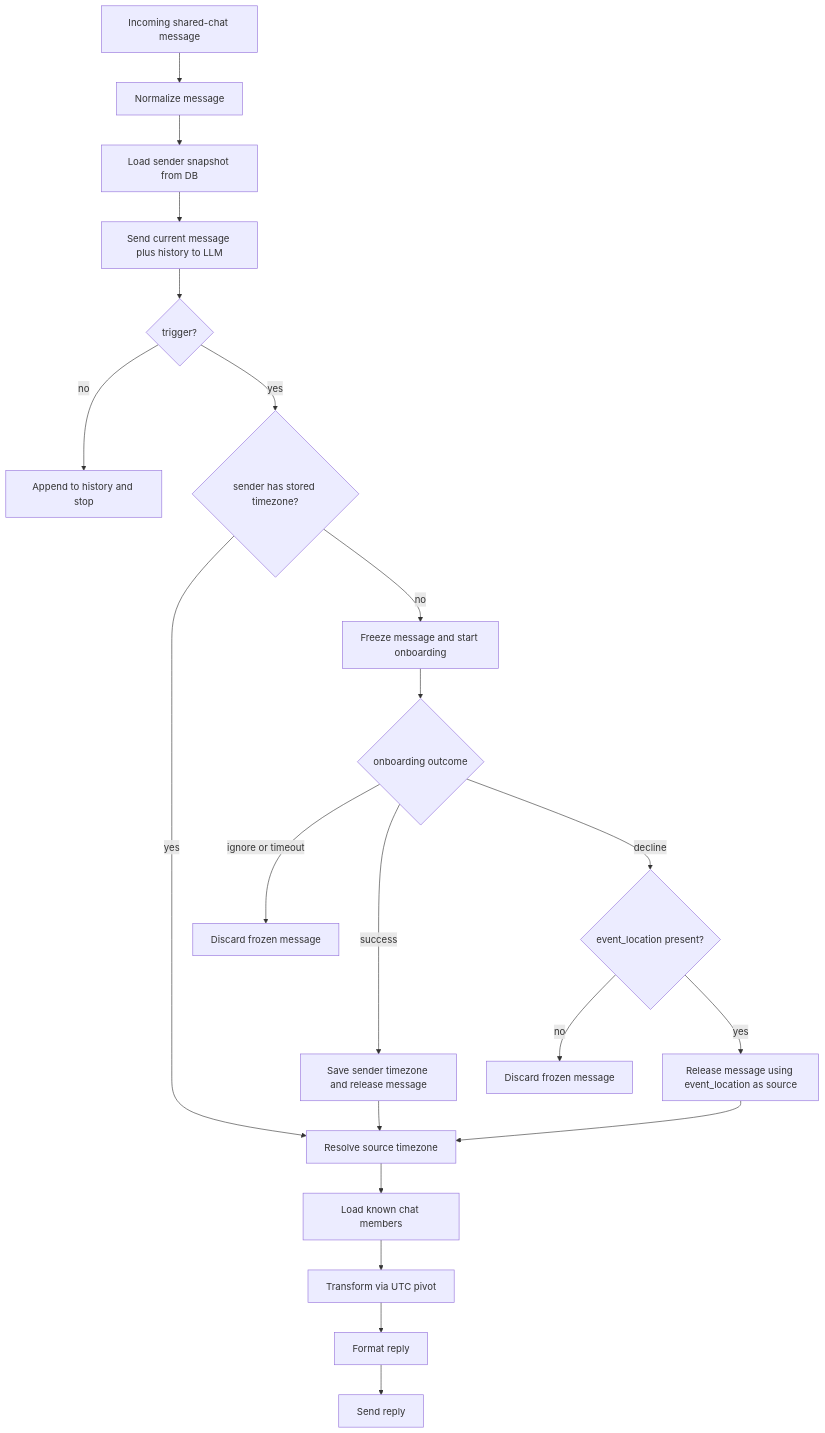
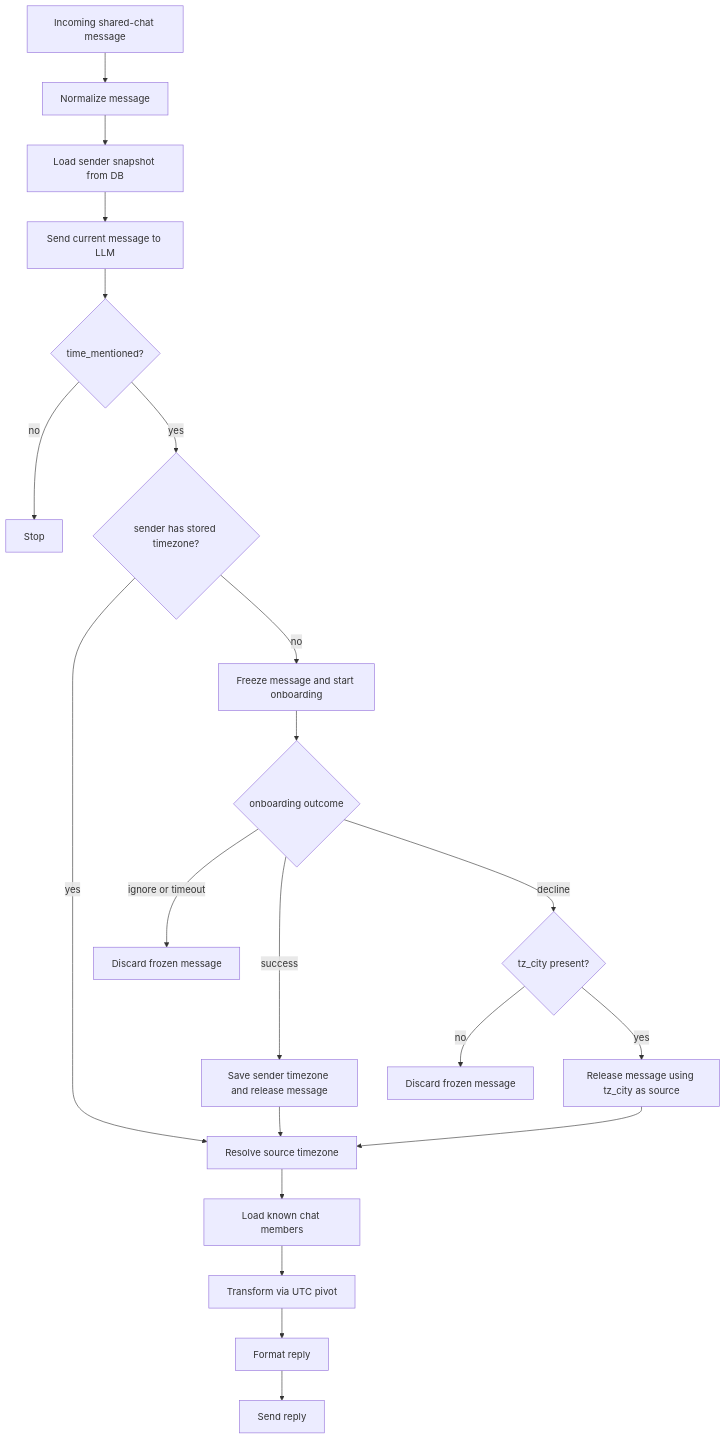
The diagram in journal/04_bot_logic.md (antlbn/Timezone_bot), drawn with Mermaid before and after one commit. The commit also changed other lines of this file and 20 other files, not shown here.

First line of the commit message:
Refactor onboarding and event detection logic to utilize explicit source-location hints

````diff
--- a/journal/04_bot_logic.md
+++ b/journal/04_bot_logic.md
@@ -17,23 +17,23 @@
 ```mermaid
 flowchart TD
     A[Incoming shared-chat message] --> B[Normalize message]
     B --> C[Load sender snapshot from DB]
-    C --> D[Send current message plus history to LLM]
-    D --> E{trigger?}
-    E -- no --> F[Append to history and stop]
+    C --> D[Send current message to LLM]
+    D --> E{time_mentioned?}
+    E -- no --> F[Stop]
     E -- yes --> G{sender has stored timezone?}
     G -- yes --> H[Resolve source timezone]
     G -- no --> I[Freeze message and start onboarding]
     I --> J{onboarding outcome}
     J -- success --> K[Save sender timezone and release message]
-    J -- decline --> L{event_location present?}
+    J -- decline --> L{tz_city present?}
     J -- ignore or timeout --> M[Discard frozen message]
-    L -- yes --> N[Release message using event_location as source]
+    L -- yes --> N[Release message using tz_city as source]
     L -- no --> O[Discard frozen message]
     K --> H
     N --> H
     H --> P[Load known chat members]
     P --> Q[Transform via UTC pivot]
     Q --> R[Format reply]
     R --> S[Send reply]
 ```
````
